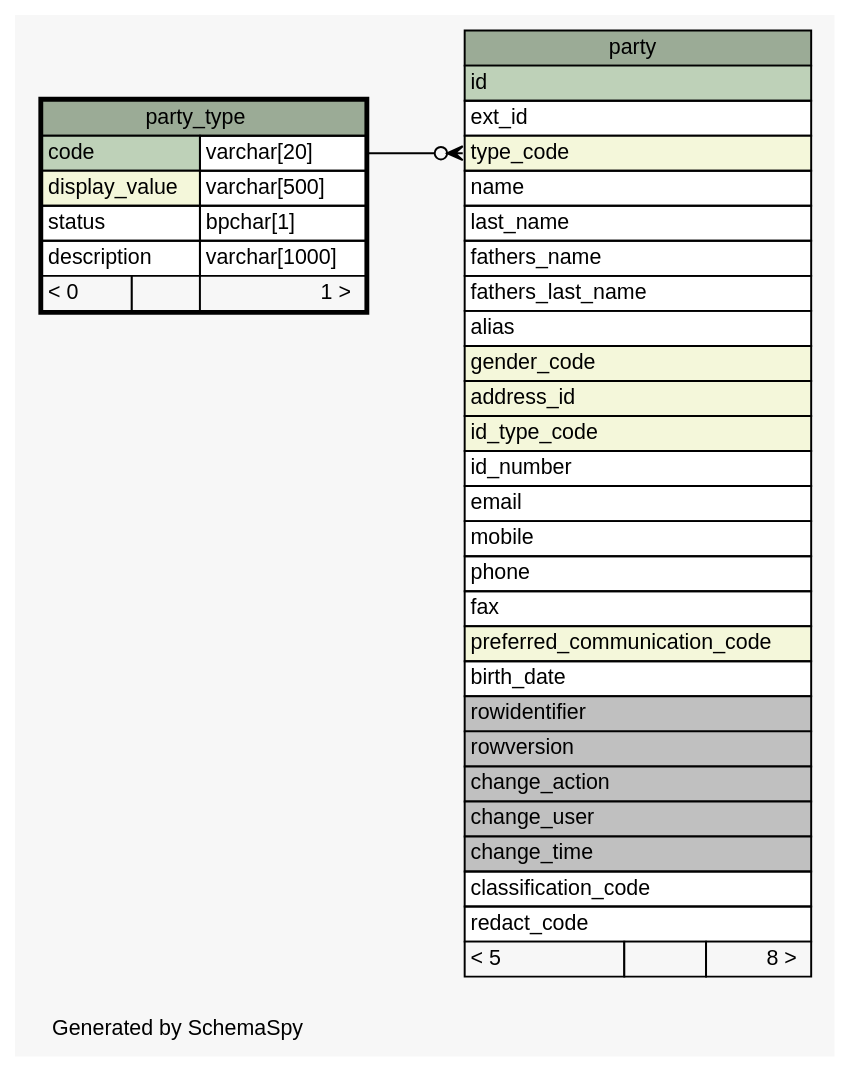
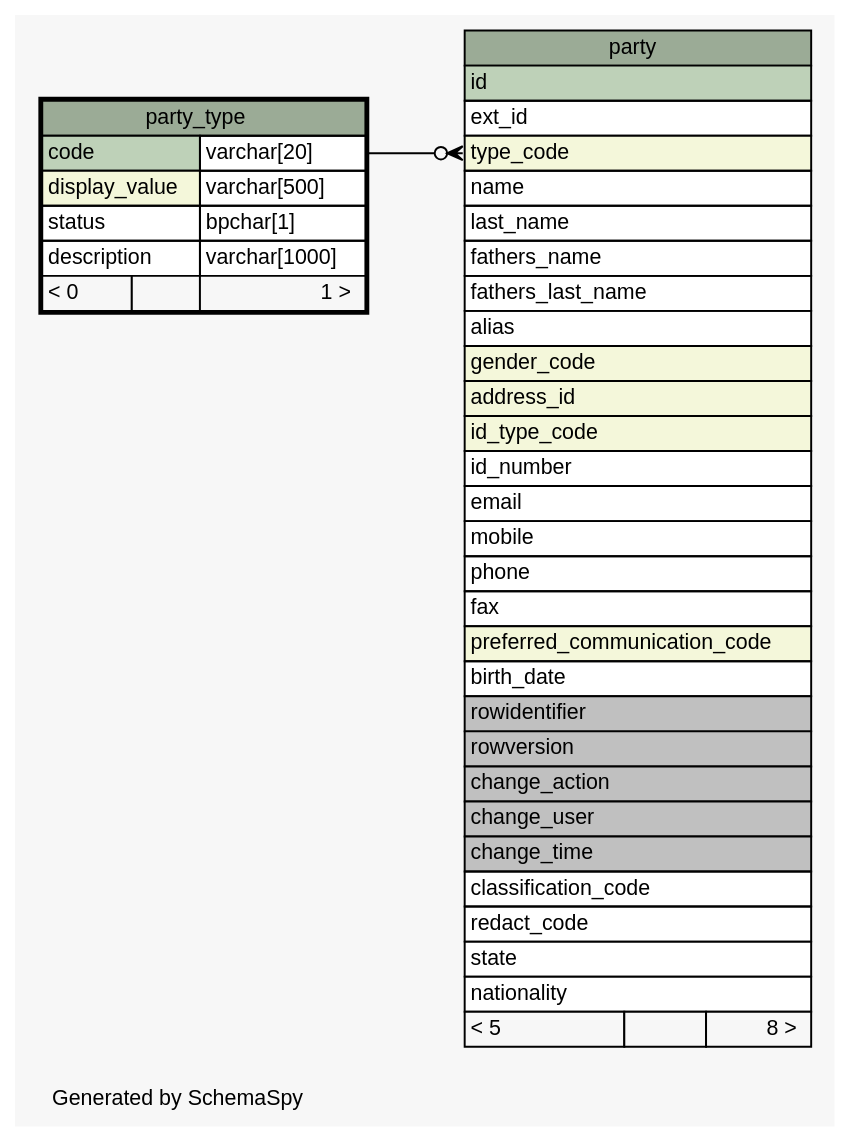
One commit to SOLA-SR-FAO/database changed the diagram in doc/party/diagrams/party_type.1degree.dot. Above: the diagram before and after it, drawn with Graphviz. The commit also changed 592 other files, not shown here.

```diff
--- a/doc/party/diagrams/party_type.1degree.dot
+++ b/doc/party/diagrams/party_type.1degree.dot
@@ -1,70 +1,72 @@
 // dot 2.36.0 on Windows 7 6.1
 // SchemaSpy rev 590
 digraph "oneDegreeRelationshipsDiagram" {
   graph [
     rankdir="RL"
     bgcolor="#f7f7f7"
     label="\nGenerated by SchemaSpy"
     labeljust="l"
     nodesep="0.18"
     ranksep="0.46"
     fontname="Helvetica"
     fontsize="11"
   ];
   node [
     fontname="Helvetica"
     fontsize="11"
     shape="plaintext"
   ];
   edge [
     arrowsize="0.8"
   ];
   "party":"type_code":w -> "party_type":"code.type":e [arrowhead=none dir=back arrowtail=crowodot];
   "party" [
     label=<
     <TABLE BORDER="0" CELLBORDER="1" CELLSPACING="0" BGCOLOR="#ffffff">
       <TR><TD COLSPAN="3" BGCOLOR="#9bab96" ALIGN="CENTER">party</TD></TR>
       <TR><TD PORT="id" COLSPAN="3" BGCOLOR="#bed1b8" ALIGN="LEFT">id</TD></TR>
       <TR><TD PORT="ext_id" COLSPAN="3" ALIGN="LEFT">ext_id</TD></TR>
       <TR><TD PORT="type_code" COLSPAN="3" BGCOLOR="#f4f7da" ALIGN="LEFT">type_code</TD></TR>
       <TR><TD PORT="name" COLSPAN="3" ALIGN="LEFT">name</TD></TR>
       <TR><TD PORT="last_name" COLSPAN="3" ALIGN="LEFT">last_name</TD></TR>
       <TR><TD PORT="fathers_name" COLSPAN="3" ALIGN="LEFT">fathers_name</TD></TR>
       <TR><TD PORT="fathers_last_name" COLSPAN="3" ALIGN="LEFT">fathers_last_name</TD></TR>
       <TR><TD PORT="alias" COLSPAN="3" ALIGN="LEFT">alias</TD></TR>
       <TR><TD PORT="gender_code" COLSPAN="3" BGCOLOR="#f4f7da" ALIGN="LEFT">gender_code</TD></TR>
       <TR><TD PORT="address_id" COLSPAN="3" BGCOLOR="#f4f7da" ALIGN="LEFT">address_id</TD></TR>
       <TR><TD PORT="id_type_code" COLSPAN="3" BGCOLOR="#f4f7da" ALIGN="LEFT">id_type_code</TD></TR>
       <TR><TD PORT="id_number" COLSPAN="3" ALIGN="LEFT">id_number</TD></TR>
       <TR><TD PORT="email" COLSPAN="3" ALIGN="LEFT">email</TD></TR>
       <TR><TD PORT="mobile" COLSPAN="3" ALIGN="LEFT">mobile</TD></TR>
       <TR><TD PORT="phone" COLSPAN="3" ALIGN="LEFT">phone</TD></TR>
       <TR><TD PORT="fax" COLSPAN="3" ALIGN="LEFT">fax</TD></TR>
       <TR><TD PORT="preferred_communication_code" COLSPAN="3" BGCOLOR="#f4f7da" ALIGN="LEFT">preferred_communication_code</TD></TR>
       <TR><TD PORT="birth_date" COLSPAN="3" ALIGN="LEFT">birth_date</TD></TR>
       <TR><TD PORT="rowidentifier" COLSPAN="3" BGCOLOR="#c0c0c0" ALIGN="LEFT">rowidentifier</TD></TR>
       <TR><TD PORT="rowversion" COLSPAN="3" BGCOLOR="#c0c0c0" ALIGN="LEFT">rowversion</TD></TR>
       <TR><TD PORT="change_action" COLSPAN="3" BGCOLOR="#c0c0c0" ALIGN="LEFT">change_action</TD></TR>
       <TR><TD PORT="change_user" COLSPAN="3" BGCOLOR="#c0c0c0" ALIGN="LEFT">change_user</TD></TR>
       <TR><TD PORT="change_time" COLSPAN="3" BGCOLOR="#c0c0c0" ALIGN="LEFT">change_time</TD></TR>
       <TR><TD PORT="classification_code" COLSPAN="3" ALIGN="LEFT">classification_code</TD></TR>
       <TR><TD PORT="redact_code" COLSPAN="3" ALIGN="LEFT">redact_code</TD></TR>
+      <TR><TD PORT="state" COLSPAN="3" ALIGN="LEFT">state</TD></TR>
+      <TR><TD PORT="nationality" COLSPAN="3" ALIGN="LEFT">nationality</TD></TR>
       <TR><TD ALIGN="LEFT" BGCOLOR="#f7f7f7">&lt; 5</TD><TD ALIGN="RIGHT" BGCOLOR="#f7f7f7">  </TD><TD ALIGN="RIGHT" BGCOLOR="#f7f7f7">8 &gt;</TD></TR>
     </TABLE>>
     URL="party.html"
     tooltip="party"
   ];
   "party_type" [
     label=<
     <TABLE BORDER="2" CELLBORDER="1" CELLSPACING="0" BGCOLOR="#ffffff">
       <TR><TD COLSPAN="3" BGCOLOR="#9bab96" ALIGN="CENTER">party_type</TD></TR>
       <TR><TD PORT="code" COLSPAN="2" BGCOLOR="#bed1b8" ALIGN="LEFT">code</TD><TD PORT="code.type" ALIGN="LEFT">varchar[20]</TD></TR>
       <TR><TD PORT="display_value" COLSPAN="2" BGCOLOR="#f4f7da" ALIGN="LEFT">display_value</TD><TD PORT="display_value.type" ALIGN="LEFT">varchar[500]</TD></TR>
       <TR><TD PORT="status" COLSPAN="2" ALIGN="LEFT">status</TD><TD PORT="status.type" ALIGN="LEFT">bpchar[1]</TD></TR>
       <TR><TD PORT="description" COLSPAN="2" ALIGN="LEFT">description</TD><TD PORT="description.type" ALIGN="LEFT">varchar[1000]</TD></TR>
       <TR><TD ALIGN="LEFT" BGCOLOR="#f7f7f7">&lt; 0</TD><TD ALIGN="RIGHT" BGCOLOR="#f7f7f7">  </TD><TD ALIGN="RIGHT" BGCOLOR="#f7f7f7">1 &gt;</TD></TR>
     </TABLE>>
     URL="party_type.html"
     tooltip="party_type"
   ];
 }
```
